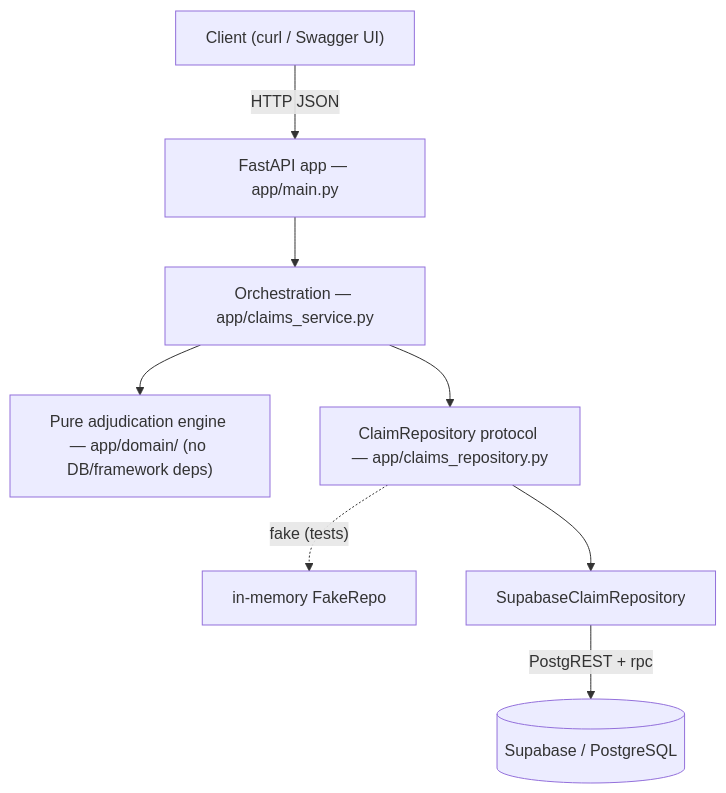
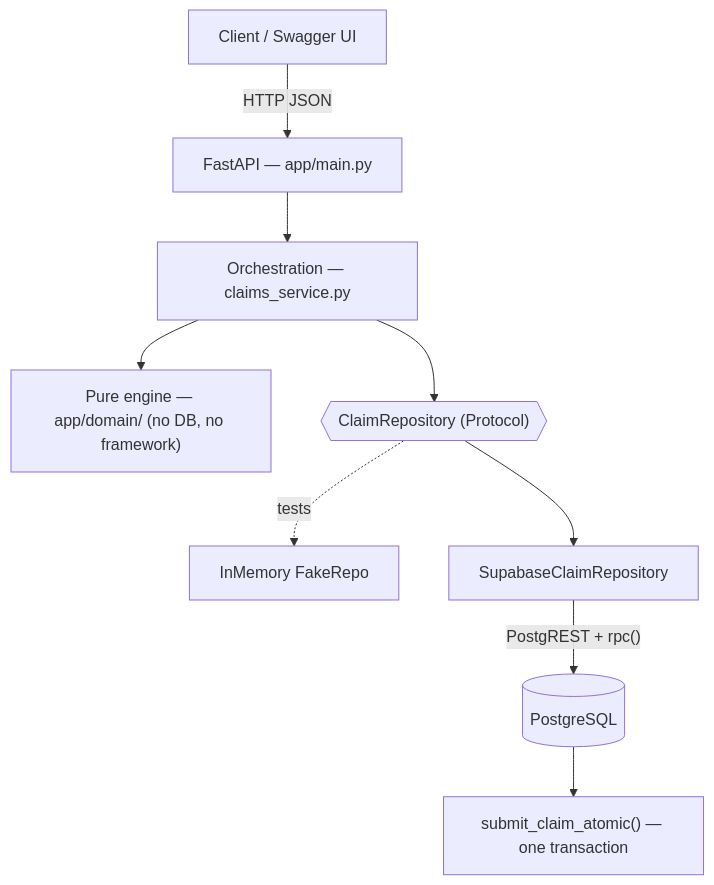
Before and after one commit to Saurav02022/claims-processing-system: the diagram in README.md, drawn with Mermaid. The commit also changed other lines of this file, not shown here.

````diff
--- a/README.md
+++ b/README.md
@@ -71,10 +39,11 @@
 ```mermaid
 flowchart TD
-    client["Client (curl / Swagger UI)"] -->|HTTP JSON| api["FastAPI app — app/main.py"]
-    api --> svc["Orchestration — app/claims_service.py"]
-    svc --> engine["Pure adjudication engine — app/domain/ (no DB/framework deps)"]
-    svc --> proto["ClaimRepository protocol — app/claims_repository.py"]
-    proto -.fake (tests).-> fake["in-memory FakeRepo"]
-    proto --> impl["SupabaseClaimRepository"]
-    impl -->|PostgREST + rpc| db[("Supabase / PostgreSQL")]
+    client["Client / Swagger UI"] -->|HTTP JSON| api["FastAPI — app/main.py"]
+    api --> svc["Orchestration — claims_service.py"]
+    svc --> engine["Pure engine — app/domain/ (no DB, no framework)"]
+    svc --> repo{{"ClaimRepository (Protocol)"}}
+    repo -. tests .-> fake["InMemory FakeRepo"]
+    repo --> supa["SupabaseClaimRepository"]
+    supa -->|"PostgREST + rpc()"| db[("PostgreSQL")]
+    db --> fn["submit_claim_atomic() — one transaction"]
 ```
````
